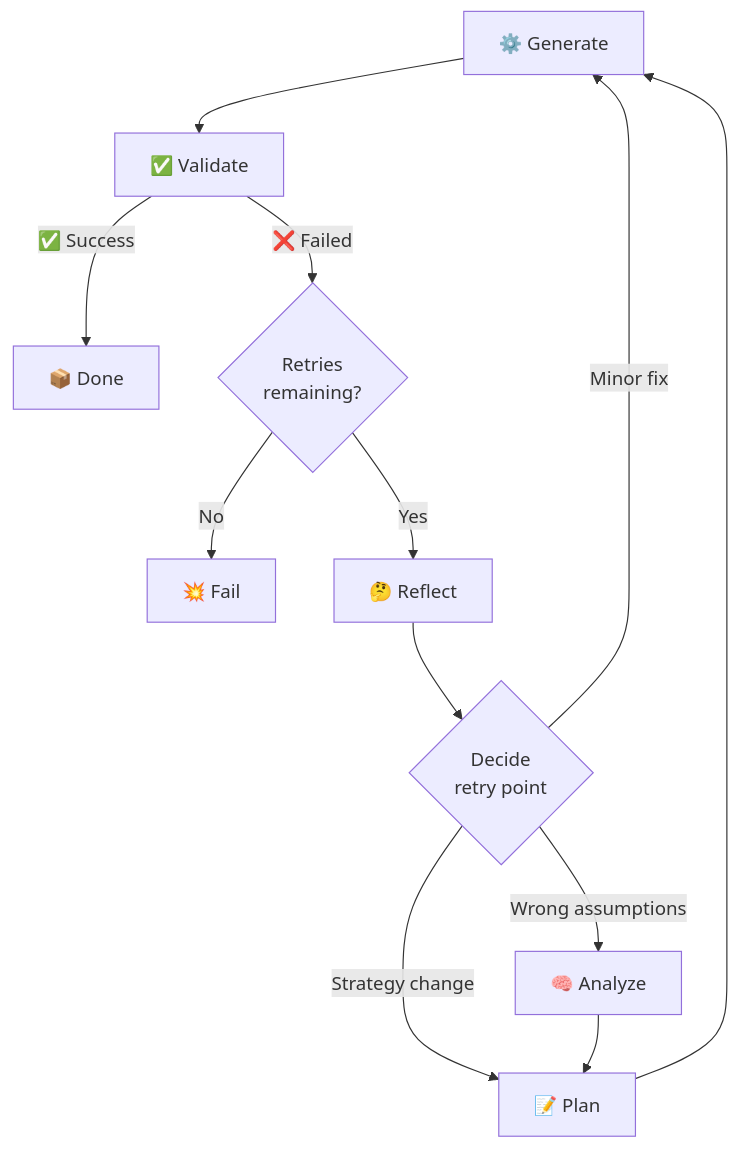
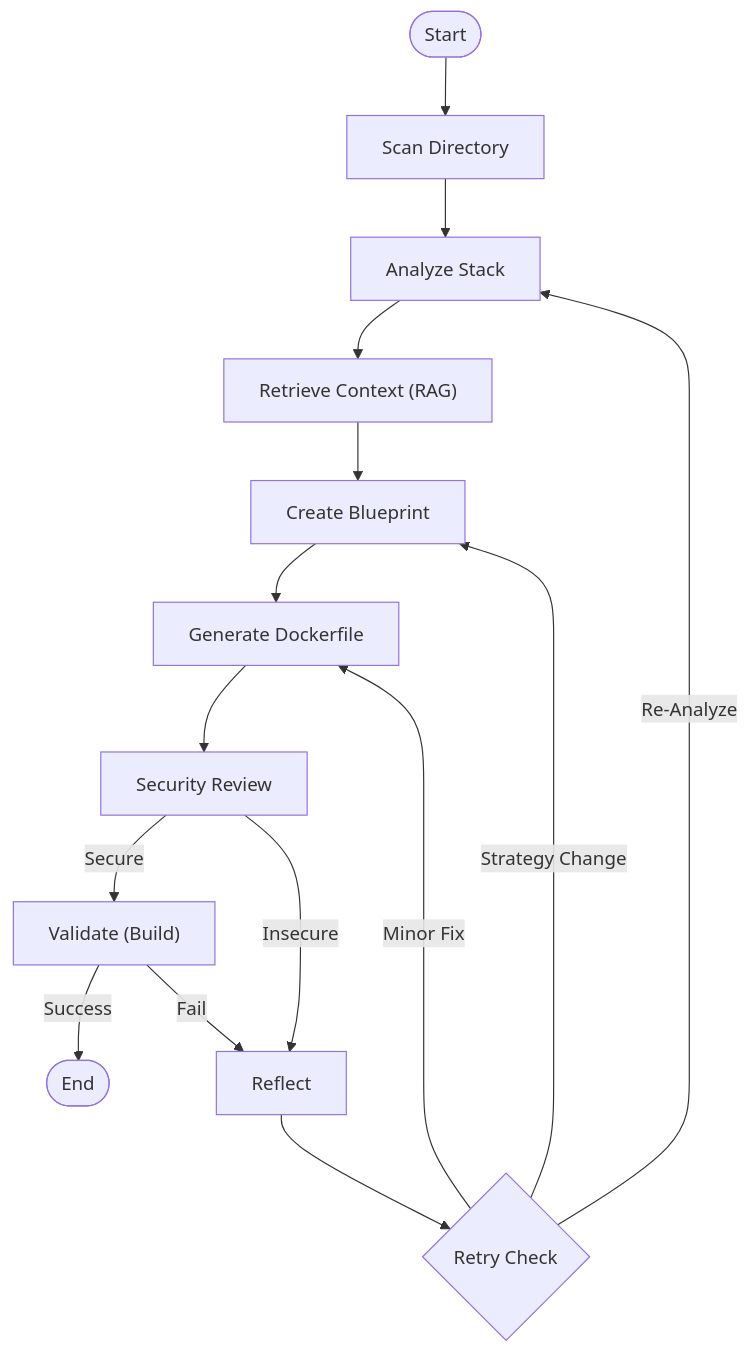
One commit to actions-marketplace-validations/itzzjb_dockai changed the diagram in docs/architecture.md. Above: the diagram before and after it, drawn with Mermaid. The commit also changed other lines of this file and 5 other files, not shown here.

Commit message:
feat: Introduce v4.0 architecture with a RAG-based Context Engine for enhanced code understanding.

````diff
--- a/docs/architecture.md
+++ b/docs/architecture.md
@@ -531,22 +65,20 @@
 ```mermaid
 flowchart TB
-    generate["⚙️ Generate"]
-    validate["✅ Validate"]
+    start([Start]) --> scan["Scan Directory"]
+    scan --> analyze["Analyze Stack"]
+    analyze --> retrieve["Retrieve Context (RAG)"]
+    retrieve --> blueprint["Create Blueprint"]
+    blueprint --> generate["Generate Dockerfile"]
+    generate --> review["Security Review"]
     
-    generate --> validate
+    review --"Secure"--> validate["Validate (Build)"]
+    review --"Insecure"--> reflect["Reflect"]
     
-    validate -->|"✅ Success"| done["📦 Done"]
-    validate -->|"❌ Failed"| check{"Retries<br/>remaining?"}
+    validate --"Success"--> done([End])
+    validate --"Fail"--> reflect
     
-    check -->|"No"| fail["💥 Fail"]
-    check -->|"Yes"| reflect["🤔 Reflect"]
-    
-    reflect --> decide{"Decide<br/>retry point"}
-    
-    decide -->|"Minor fix"| generate
-    decide -->|"Strategy change"| plan["📝 Plan"]
-    decide -->|"Wrong assumptions"| analyze["🧠 Analyze"]
-    
-    plan --> generate
-    analyze --> plan
+    reflect --> retry_logic{Retry Check}
+    retry_logic --"Strategy Change"--> blueprint
+    retry_logic --"Minor Fix"--> generate
+    retry_logic --"Re-Analyze"--> analyze
 ```
````
